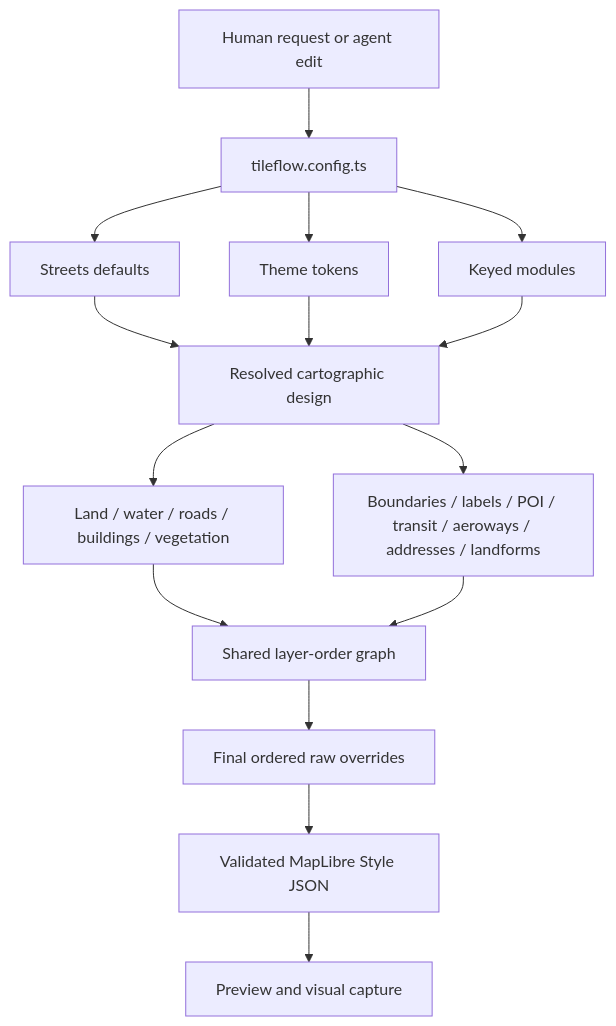
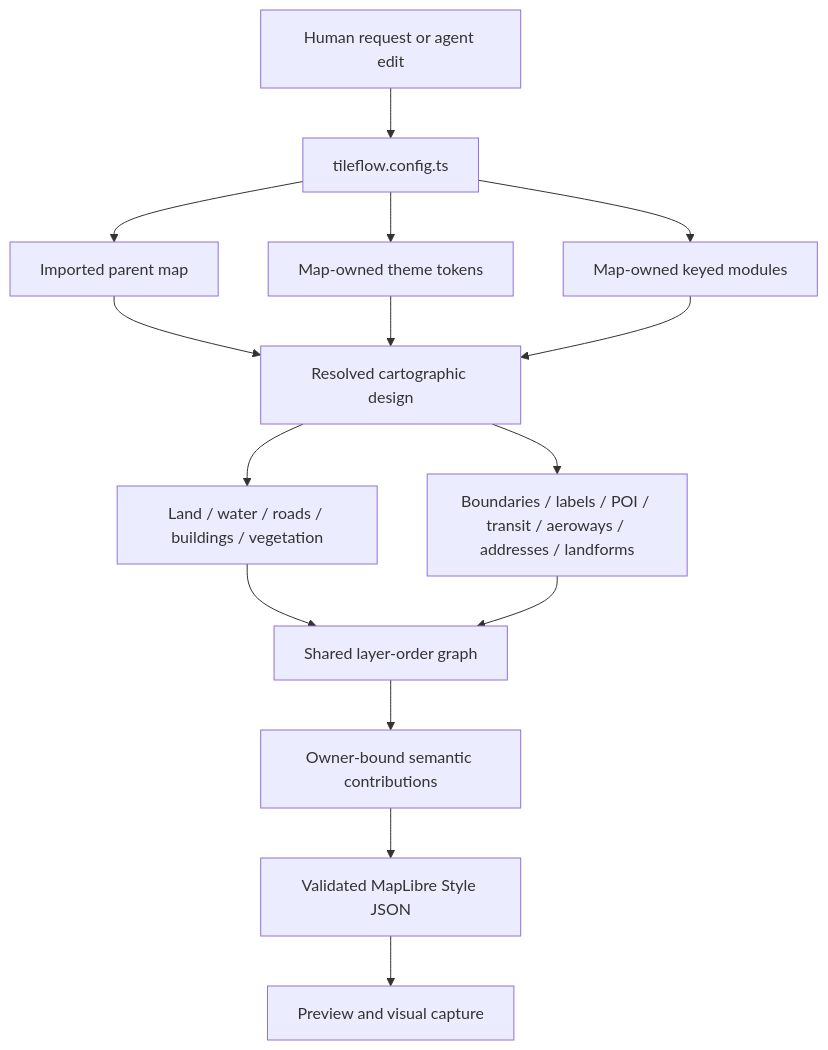
One commit to tileflow/tileflow-sdk changed the diagram in docs/contracts/cartographic-authoring.md. Above: the diagram before and after it, drawn with Mermaid. The commit also changed other lines of this file and 491 other files, not shown here.

````diff
--- a/docs/contracts/cartographic-authoring.md
+++ b/docs/contracts/cartographic-authoring.md
@@ -16,17 +20,17 @@
 ```mermaid
 flowchart TD
   A["Human request or agent edit"] --> B["tileflow.config.ts"]
-  B --> C["Streets defaults"]
-  B --> D["Theme tokens"]
-  B --> E["Keyed modules"]
+  B --> C["Imported parent map"]
+  B --> D["Map-owned theme tokens"]
+  B --> E["Map-owned keyed modules"]
   C --> F["Resolved cartographic design"]
   D --> F
   E --> F
   F --> G["Land / water / roads / buildings / vegetation"]
   F --> H["Boundaries / labels / POI / transit / aeroways / addresses / landforms"]
   G --> I["Shared layer-order graph"]
   H --> I
-  I --> J["Final ordered raw overrides"]
+  I --> J["Owner-bound semantic contributions"]
   J --> K["Validated MapLibre Style JSON"]
   K --> L["Preview and visual capture"]
 ```
````
